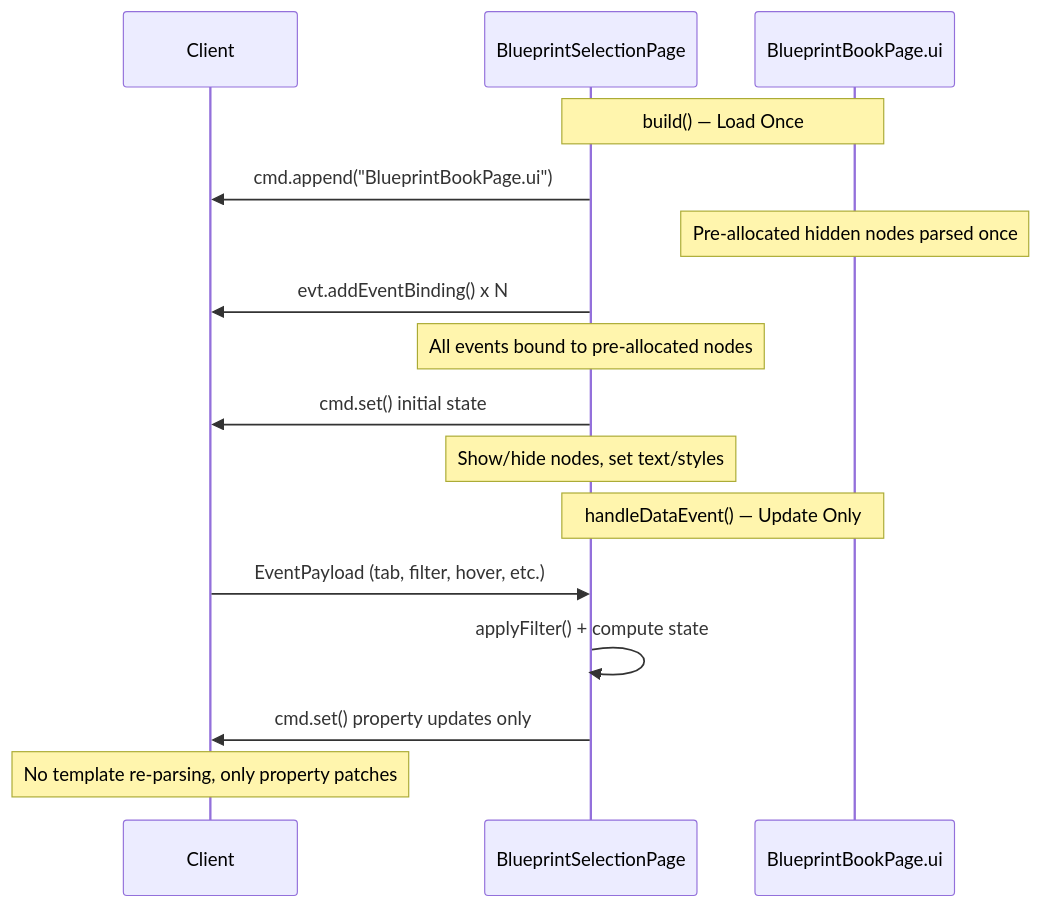
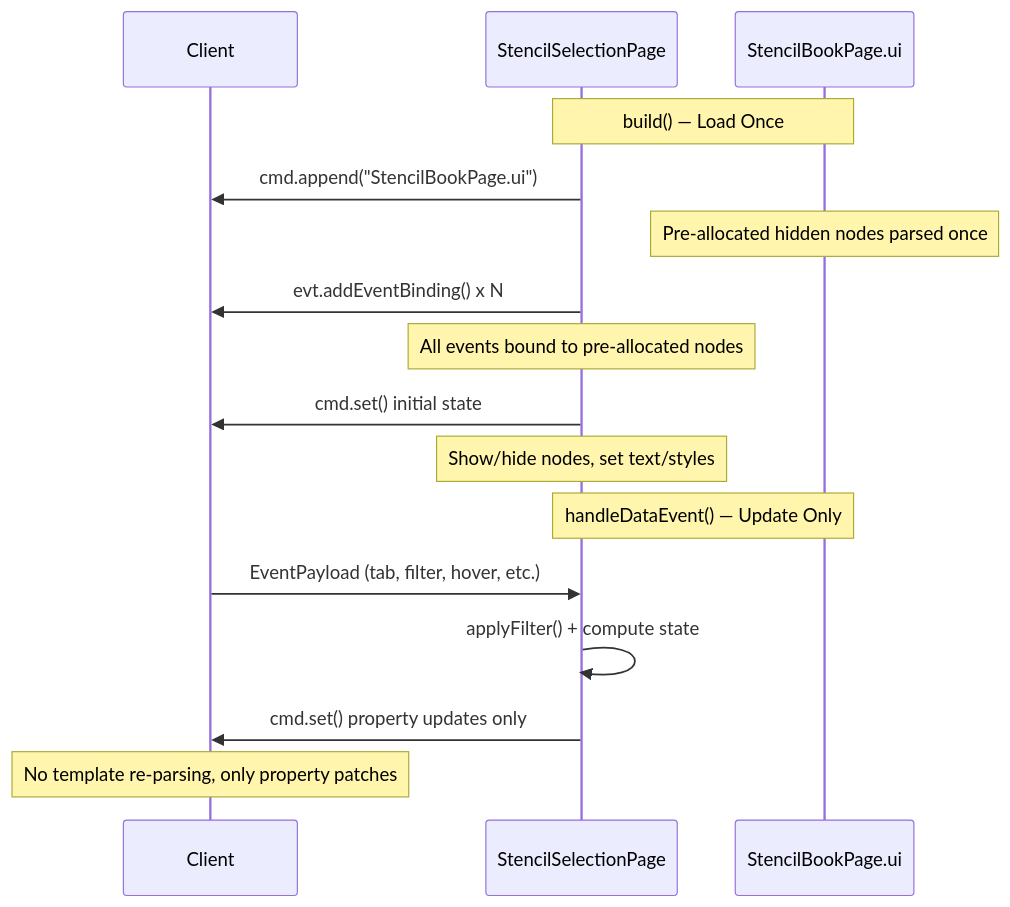
One commit to TheCodeCreature/Hytale-Example-Plugin changed the third of 3 diagrams in docs/design-load-update-separation.md. Above: the diagram before and after it, drawn with Mermaid. The commit also changed other lines of this file and 289 other files, not shown here.

````diff
--- a/docs/design-load-update-separation.md
+++ b/docs/design-load-update-separation.md
@@ -77,20 +77,20 @@
 ```mermaid
 sequenceDiagram
     participant Client
-    participant Server as BlueprintSelectionPage
-    participant Template as BlueprintBookPage.ui
+    participant Server as StencilSelectionPage
+    participant Template as StencilBookPage.ui
 
     Note over Server,Template: build() — Load Once
-    Server->>Client: cmd.append("BlueprintBookPage.ui")
+    Server->>Client: cmd.append("StencilBookPage.ui")
     Note over Template: Pre-allocated hidden nodes parsed once
     Server->>Client: evt.addEventBinding() x N
     Note over Server: All events bound to pre-allocated nodes
     Server->>Client: cmd.set() initial state
     Note over Server: Show/hide nodes, set text/styles
 
     Note over Server,Template: handleDataEvent() — Update Only
     Client->>Server: EventPayload (tab, filter, hover, etc.)
     Server->>Server: applyFilter() + compute state
     Server->>Client: cmd.set() property updates only
     Note over Client: No template re-parsing, only property patches
 ```
````
